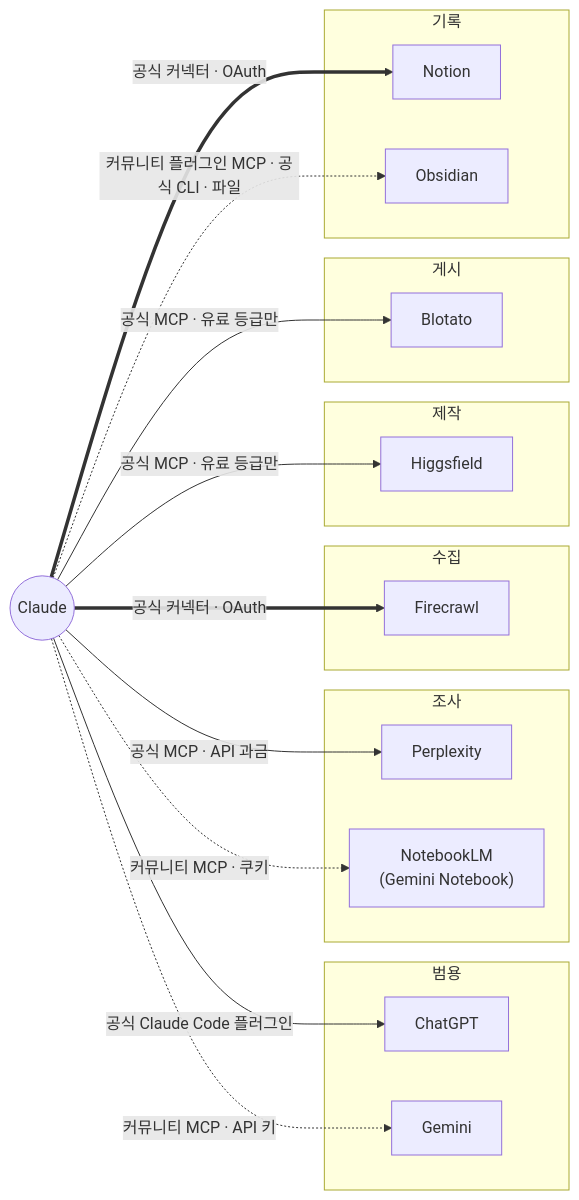
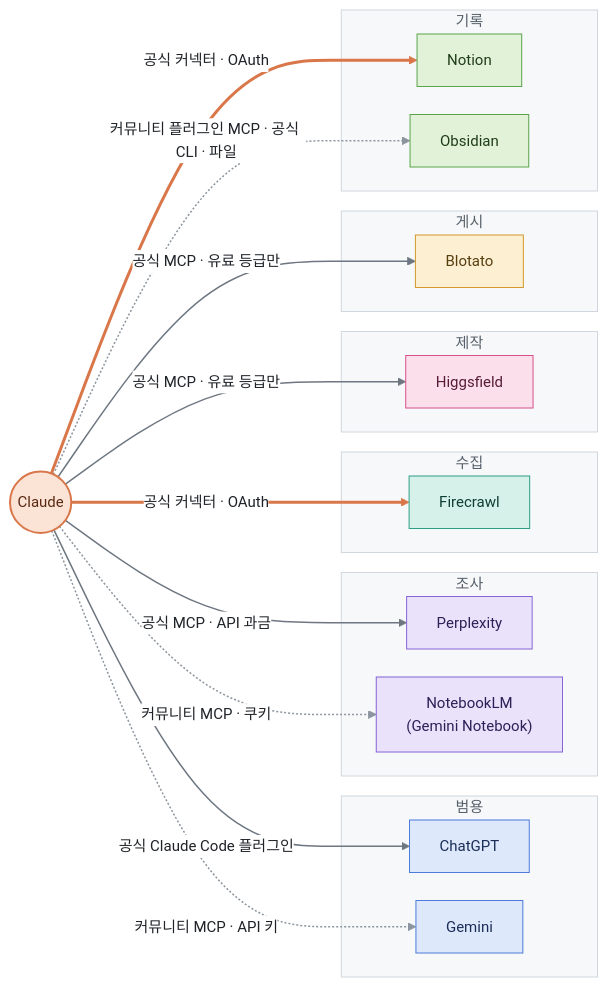
The first of 3 diagrams in TOOLS.md (Ruminem/ai-crew-atlas), drawn with Mermaid before and after one commit. The commit also changed other lines of this file and 1 other file, not shown here.

````diff
--- a/TOOLS.md
+++ b/TOOLS.md
@@ -16,36 +35,55 @@
 ```mermaid
+%%{init: {"theme": "base", "themeVariables": {"fontSize": "15px", "primaryTextColor": "#1F2328", "textColor": "#1F2328", "lineColor": "#8C959F", "edgeLabelBackground": "#FFFFFF", "clusterBkg": "#F6F8FA", "clusterBorder": "#D0D7DE", "titleColor": "#57606A"}, "flowchart": {"curve": "basis", "nodeSpacing": 28, "rankSpacing": 70}}}%%
 flowchart LR
     C(("Claude"))
 
     subgraph 범용
         GPT["ChatGPT"]
         GEM["Gemini"]
     end
     subgraph 조사
         PPX["Perplexity"]
         NLM["NotebookLM<br/>(Gemini Notebook)"]
     end
     subgraph 수집
         FC["Firecrawl"]
     end
     subgraph 제작
         HF["Higgsfield"]
     end
     subgraph 게시
         BL["Blotato"]
     end
     subgraph 기록
         NO["Notion"]
         OB["Obsidian"]
     end
 
     C ==>|"공식 커넥터 · OAuth"| FC
     C ==>|"공식 커넥터 · OAuth"| NO
     C -->|"공식 MCP · API 과금"| PPX
     C -->|"공식 MCP · 유료 등급만"| HF
     C -->|"공식 MCP · 유료 등급만"| BL
     C -->|"공식 Claude Code 플러그인"| GPT
     C -.->|"커뮤니티 MCP · API 키"| GEM
     C -.->|"커뮤니티 MCP · 쿠키"| NLM
     C -.->|"커뮤니티 플러그인 MCP · 공식 CLI · 파일"| OB
+
+    classDef claude fill:#FBE3D6,stroke:#D9774A,stroke-width:2px,color:#5A2A12
+    classDef general fill:#DDE8FB,stroke:#4C7BD9,color:#1B2E57
+    classDef research fill:#EAE2FB,stroke:#8664D6,color:#2E1F57
+    classDef collect fill:#D6F1EA,stroke:#2E9E86,color:#0F3D33
+    classDef create fill:#FBE0EC,stroke:#D6508A,color:#571B35
+    classDef publish fill:#FCEFD2,stroke:#D29A2E,color:#573F0F
+    classDef record fill:#E2F2D9,stroke:#5AA44A,color:#1F3D17
+    class C claude
+    class GPT,GEM general
+    class PPX,NLM research
+    class FC collect
+    class HF create
+    class BL publish
+    class NO,OB record
+    linkStyle 0,1 stroke:#D9774A,stroke-width:3px
+    linkStyle 2,3,4,5 stroke:#6E7781,stroke-width:1.5px
+    linkStyle 6,7,8 stroke:#8C959F,stroke-width:1.5px
 ```
````
